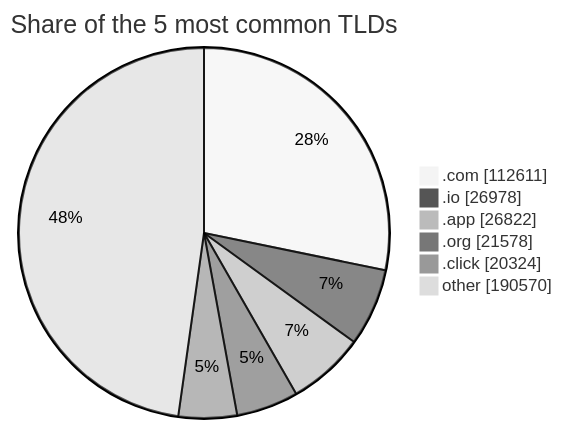
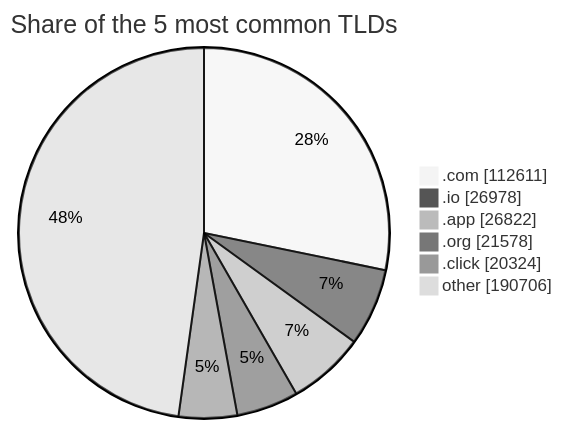
One commit to DNSBunker/CTI changed the third of 3 diagrams in README.md. Above: the diagram before and after it, drawn with Mermaid (neutral theme). The commit also changed other lines of this file and 3 other files, not shown here.

````diff
--- a/README.md
+++ b/README.md
@@ -81,9 +81,9 @@
 ```mermaid
 pie showData title Share of the 5 most common TLDs
     ".com" : 112611
     ".io" : 26978
     ".app" : 26822
     ".org" : 21578
     ".click" : 20324
-    "other" : 190570
+    "other" : 190706
 ```
````
